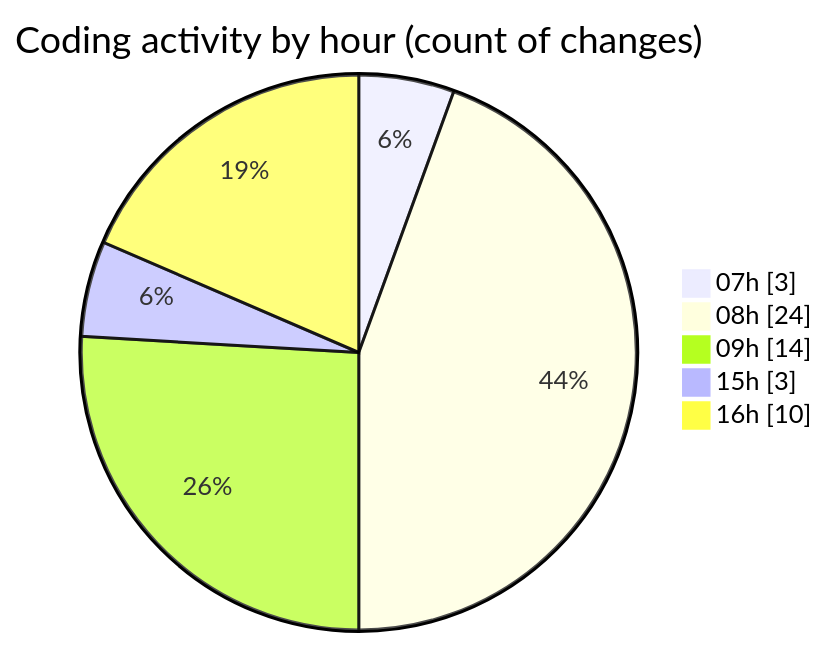
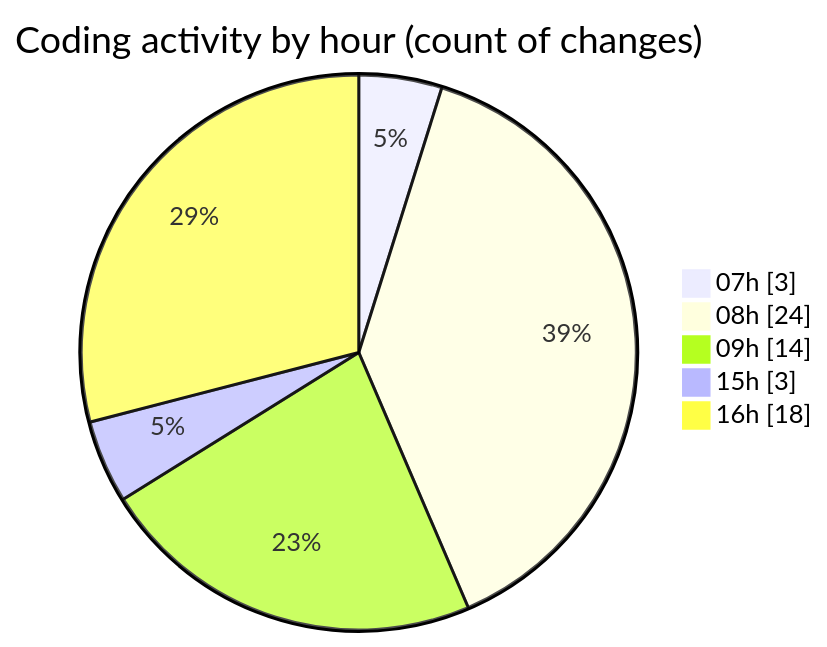
Before and after one commit to MatusMokan/code-tracking: the second of 2 diagrams in 2025-05-07/myws__workspace_/README.md, drawn with Mermaid. The commit also changed other lines of this file and 1 other file, not shown here.

````diff
--- a/2025-05-07/myws__workspace_/README.md
+++ b/2025-05-07/myws__workspace_/README.md
@@ -30,9 +30,9 @@
 ```mermaid
 pie showData
 title Coding activity by hour (count of changes)
 "07h" : 3
 "08h" : 24
 "09h" : 14
 "15h" : 3
-"16h" : 10
+"16h" : 18
 ```
````
